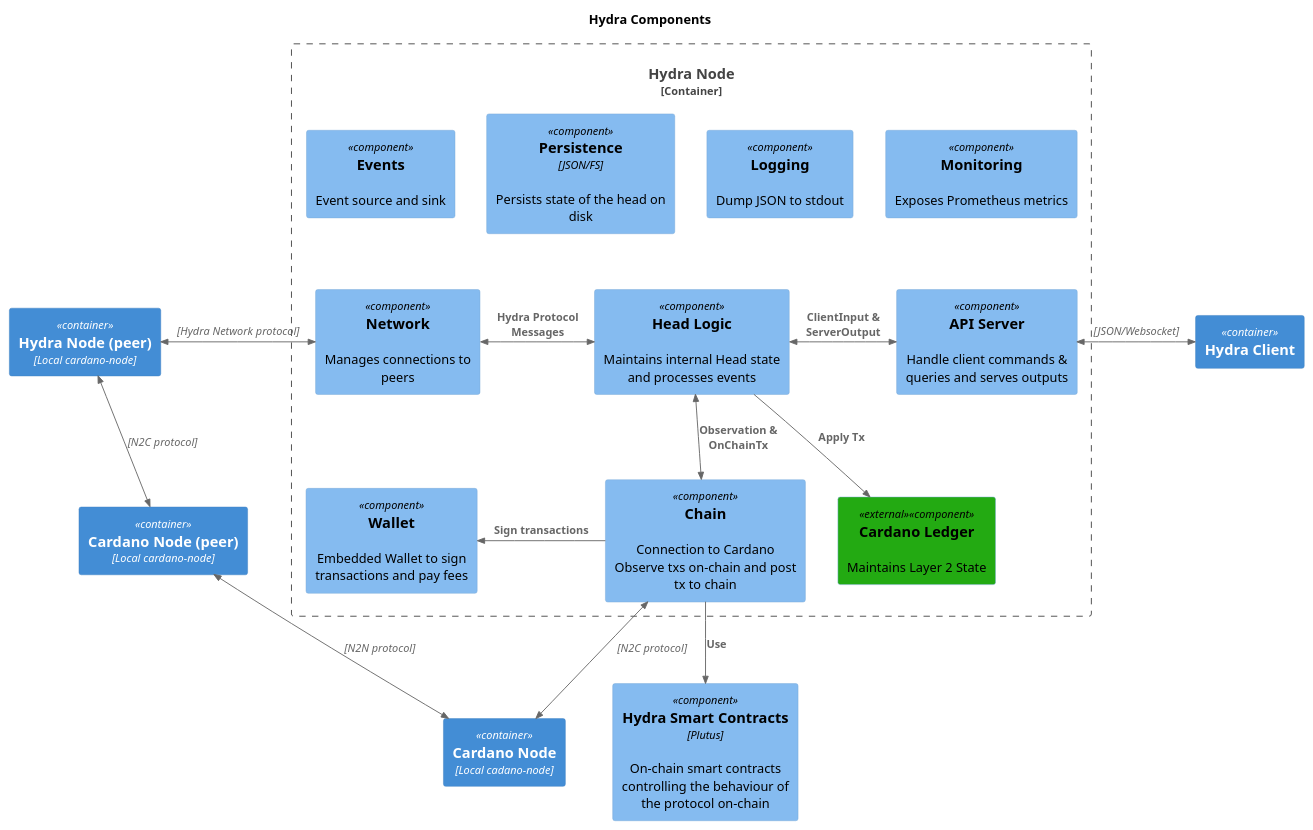
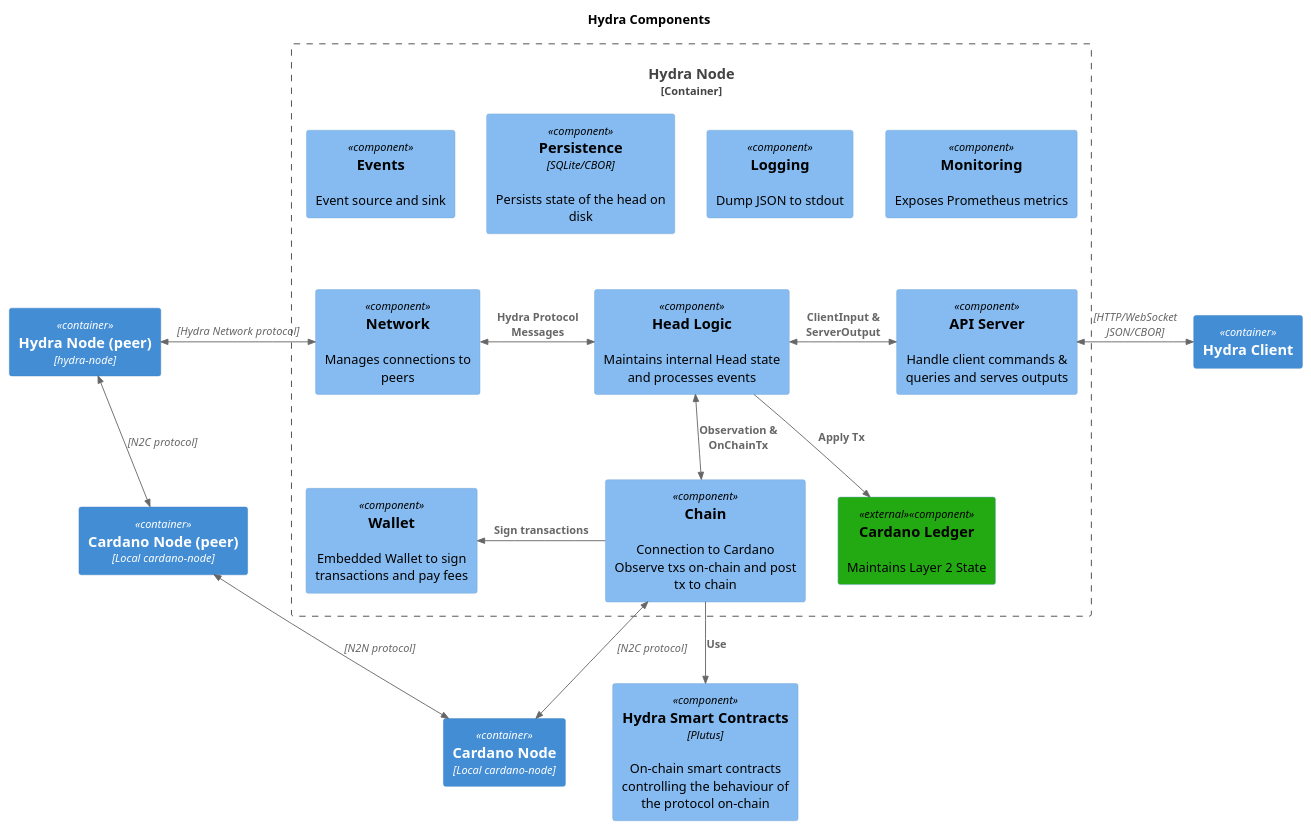
The diagram in docs/docs/dev/architecture/architecture-c4.puml (cardano-scaling/hydra), drawn with PlantUML before and after one commit. The commit also changed 104 other files, not shown here.

```diff
--- a/docs/docs/dev/architecture/architecture-c4.puml
+++ b/docs/docs/dev/architecture/architecture-c4.puml
@@ -1,44 +1,44 @@
 @startuml hydra-components.png
 title "Hydra Components"
 !include https://raw.githubusercontent.com/plantuml-stdlib/C4-PlantUML/master/C4_Component.puml
 
 AddElementTag("external", $bgColor="#23aa12")
 
 Container_Boundary(hydra_node, "Hydra Node") {
-   Component(events, "Events", "", "Event source and sink", $link="https://github.com/cardano-scaling/hydra/blob/master/hydra-node/src/Hydra/Events.hs")
-   Component(persistence, "Persistence", "JSON/FS", "Persists state of the head on disk", $link="https://github.com/cardano-scaling/hydra/blob/master/hydra-node/src/Hydra/Persistence.hs")
+   Component(events, "Events", "", "Event source and sink", $link="https://github.com/cardano-scaling/hydra/blob/master/libs/event-sourcing/src/Data/EventSource.hs")
+   Component(persistence, "Persistence", "SQLite/CBOR", "Persists state of the head on disk", $link="https://github.com/cardano-scaling/hydra/blob/master/libs/event-sourcing/src/Data/EventSource/SQLite.hs")
    Component(head_logic, "Head Logic", "", "Maintains internal Head state and processes events", $link="https://github.com/cardano-scaling/hydra/blob/master/hydra-node/src/Hydra/HeadLogic.hs")
    Component(api_server, "API Server", "", "Handle client commands & queries and serves outputs", $link="https://github.com/cardano-scaling/hydra/blob/master/hydra-node/src/Hydra/API/Server.hs")
    Component(chain, "Chain", "", "Connection to Cardano\nObserve txs on-chain and post tx to chain", $link="https://github.com/cardano-scaling/hydra/blob/master/hydra-node/src/Hydra/Chain.hs")
    Component(wallet, "Wallet", "", "Embedded Wallet to sign transactions and pay fees", $link="https://github.com/cardano-scaling/hydra/blob/master/hydra-node/src/Hydra/Chain/Direct/Wallet.hs")
    Component(network, "Network", "", "Manages connections to peers", $link="https://github.com/cardano-scaling/hydra/blob/master/hydra-node/src/Hydra/Network.hs")
-   Component(logging, "Logging", "", "Dump JSON to stdout", $link="https://github.com/cardano-scaling/hydra/blob/master/hydra-node/src/Hydra/Logging.hs")
+   Component(logging, "Logging", "", "Dump JSON to stdout", $link="https://github.com/cardano-scaling/hydra/blob/master/libs/contra-tracer-json/src/Control/Tracer/JSON.hs")
    Component(monitoring, "Monitoring", "", "Exposes Prometheus metrics", $link="https://github.com/cardano-scaling/hydra/blob/master/hydra-node/src/Hydra/Logging/Monitoring.hs")
    Component(ledger, "Cardano Ledger", "", "Maintains Layer 2 State", $tags="external")
 
    Lay_U(head_logic, events)
    Lay_U(head_logic, persistence)
    Lay_U(head_logic, logging)
    Lay_U(head_logic, monitoring)
    BiRel_L(head_logic, network, "Hydra Protocol Messages", "")
    BiRel_R(head_logic, api_server, "ClientInput & ServerOutput", "")
    BiRel_D(head_logic, chain, "Observation & OnChainTx", "")
    Rel_D(head_logic, ledger, "Apply Tx")
 
    Rel_L(chain, wallet, "Sign transactions", "")
 }
 
-Container(hydra_node_peer, "Hydra Node (peer)", "Local cardano-node")
-Container(cardano_node, "Cardano Node", "Local cadano-node")
+Container(hydra_node_peer, "Hydra Node (peer)", "hydra-node")
+Container(cardano_node, "Cardano Node", "Local cardano-node")
 Container(cardano_node_peer, "Cardano Node (peer)", "Local cardano-node")
 Container(hydra_client, "Hydra Client", "")
 Component(smart_contracts, "Hydra Smart Contracts", "Plutus", "On-chain smart contracts controlling the behaviour of the protocol on-chain", $link="https://github.com/cardano-scaling/hydra/tree/master/hydra-plutus")
 Rel(chain, smart_contracts, "Use", "")
 BiRel_D(chain, cardano_node, "", "N2C protocol")
 BiRel_L(cardano_node, cardano_node_peer, "", "N2N protocol")
 BiRel(hydra_node_peer, cardano_node_peer, "", "N2C protocol")
 BiRel_L(network, hydra_node_peer, "", "Hydra Network protocol")
-BiRel_R(api_server, hydra_client, "", "JSON/Websocket")
+BiRel_R(api_server, hydra_client, "", "HTTP/WebSocket\nJSON/CBOR")
 
 
 @enduml
```
